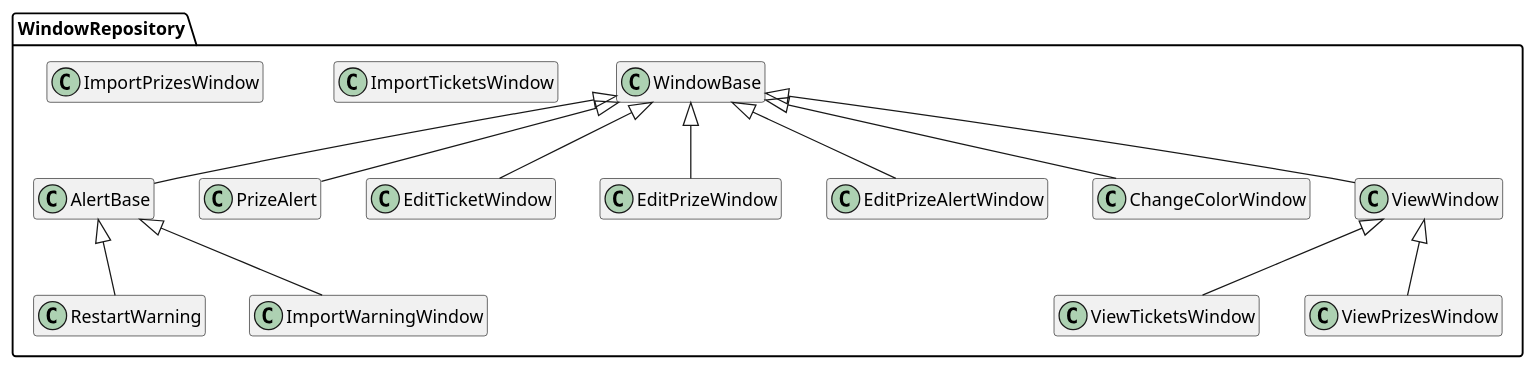
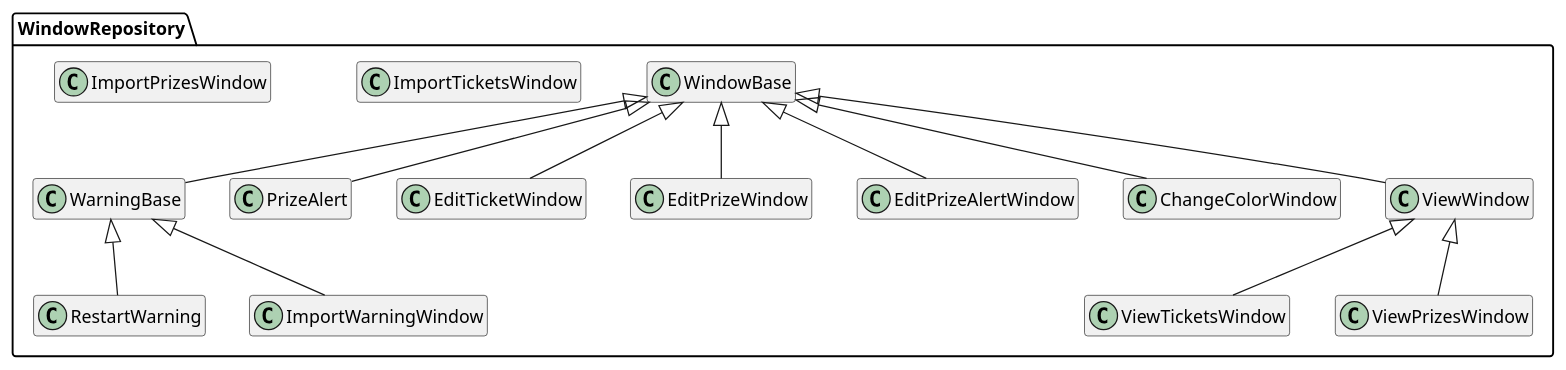
One commit to KaravolisL/AHEPA-Raffle changed the diagram in docs/Windows_HLD.md. Above: the diagram before and after it, drawn with PlantUML. The commit also changed 4 other files, not shown here.

Commit message:
Change AlertBase to WarningBase

````diff
--- a/docs/Windows_HLD.md
+++ b/docs/Windows_HLD.md
@@ -3,37 +3,37 @@
 ```plantuml
 
 hide empty members
 
 package WindowRepository {
 
 class WindowBase
-class AlertBase
+class WarningBase
 class PrizeAlert
 class RestartWarning
 class ImportTicketsWindow
 class ImportPrizesWindow
 class EditTicketWindow
 class EditPrizeWindow
 class EditPrizeAlertWindow
 class ChangeColorWindow
 class ViewWindow
 class ViewTicketsWindow
 class ViewPrizesWindow
 
 class ImportWarningWindow
 
-WindowBase <|-- AlertBase
+WindowBase <|-- WarningBase
 WindowBase <|-- PrizeAlert
 WindowBase <|-- EditTicketWindow
 WindowBase <|-- EditPrizeWindow
 WindowBase <|-- EditPrizeAlertWindow
 WindowBase <|-- ChangeColorWindow
 WindowBase <|-- ViewWindow
 ViewWindow <|-- ViewTicketsWindow
 ViewWindow <|-- ViewPrizesWindow
-AlertBase <|-- RestartWarning
-AlertBase <|-- ImportWarningWindow
+WarningBase <|-- RestartWarning
+WarningBase <|-- ImportWarningWindow
 
 }
 
 ```
````
